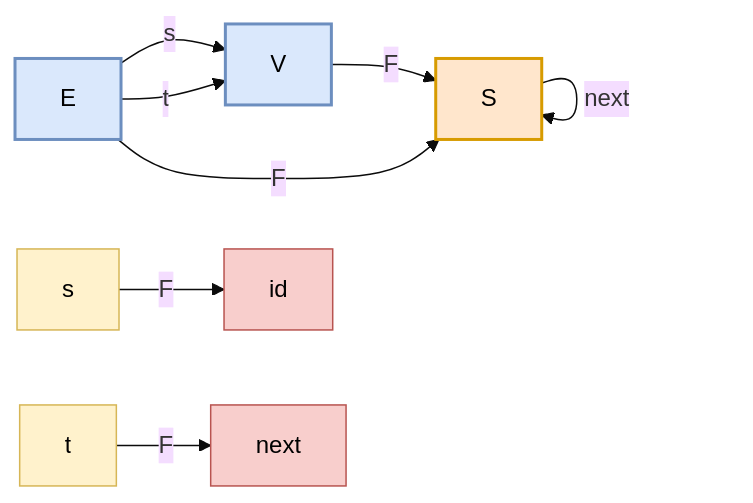
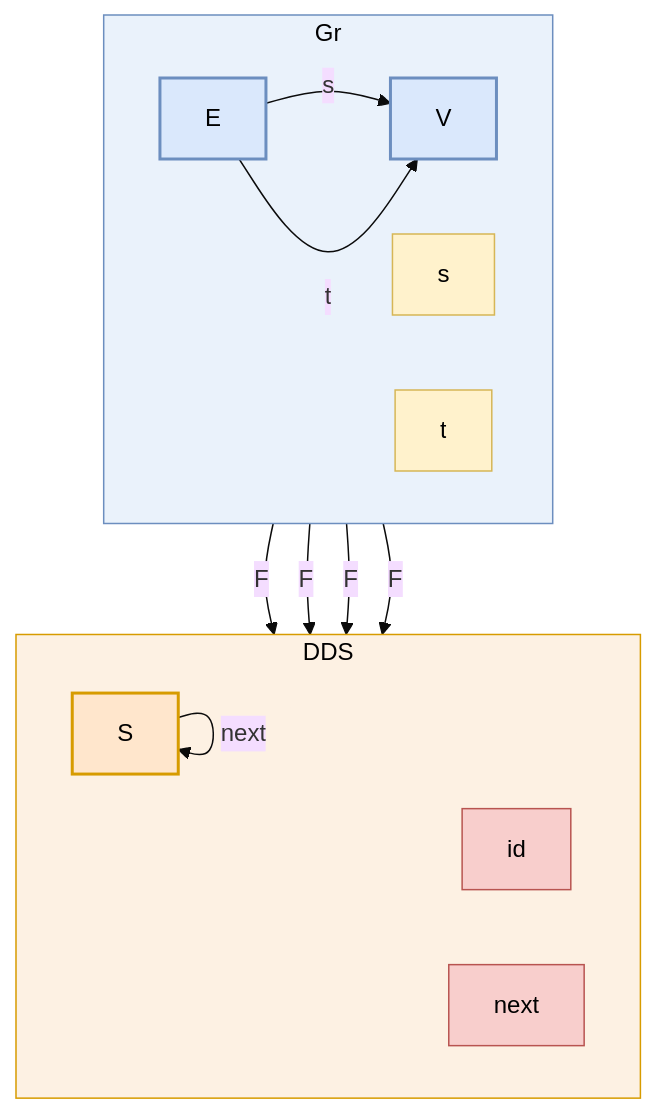
The diagram in fong/migration.md (co-dh/Tc), drawn with Mermaid (base theme) before and after one commit. The commit also changed other lines of this file, not shown here.

First line of the commit message:
fong: lay out migration diagram as TB subgraphs (Gr top, DDS bottom)

````diff
--- a/fong/migration.md
+++ b/fong/migration.md
@@ -52,23 +53,36 @@
 ```mermaid
-flowchart LR
+flowchart TB
+
   %% id: Gr
-  E -- s --> V
-  E -- t --> V
+  subgraph Gr [Gr]
+    direction LR
+    E -- s --> V
+    E -- t --> V
+    s
+    t
+  end
 
   %% id: DDS
-  S -- next --> S
+  subgraph DDS [DDS]
+    direction LR
+    S -- next --> S
+    id
+    next
+  end
 
   %% id: F
   V -- F --> S
   E -- F --> S
   s -- F --> id
   t -- F --> next
 
+  style Gr  fill:#eaf2fb,stroke:#6c8ebf,color:#000
+  style DDS fill:#fdf1e3,stroke:#d79b00,color:#000
   style V fill:#dae8fc,stroke:#6c8ebf,stroke-width:2px,color:#000
   style E fill:#dae8fc,stroke:#6c8ebf,stroke-width:2px,color:#000
   style S fill:#ffe6cc,stroke:#d79b00,stroke-width:2px,color:#000
   style s fill:#fff2cc,stroke:#d6b656,color:#000
   style t fill:#fff2cc,stroke:#d6b656,color:#000
-  style id fill:#f8cecc,stroke:#b85450,color:#000
+  style id   fill:#f8cecc,stroke:#b85450,color:#000
   style next fill:#f8cecc,stroke:#b85450,color:#000
 ```
````
